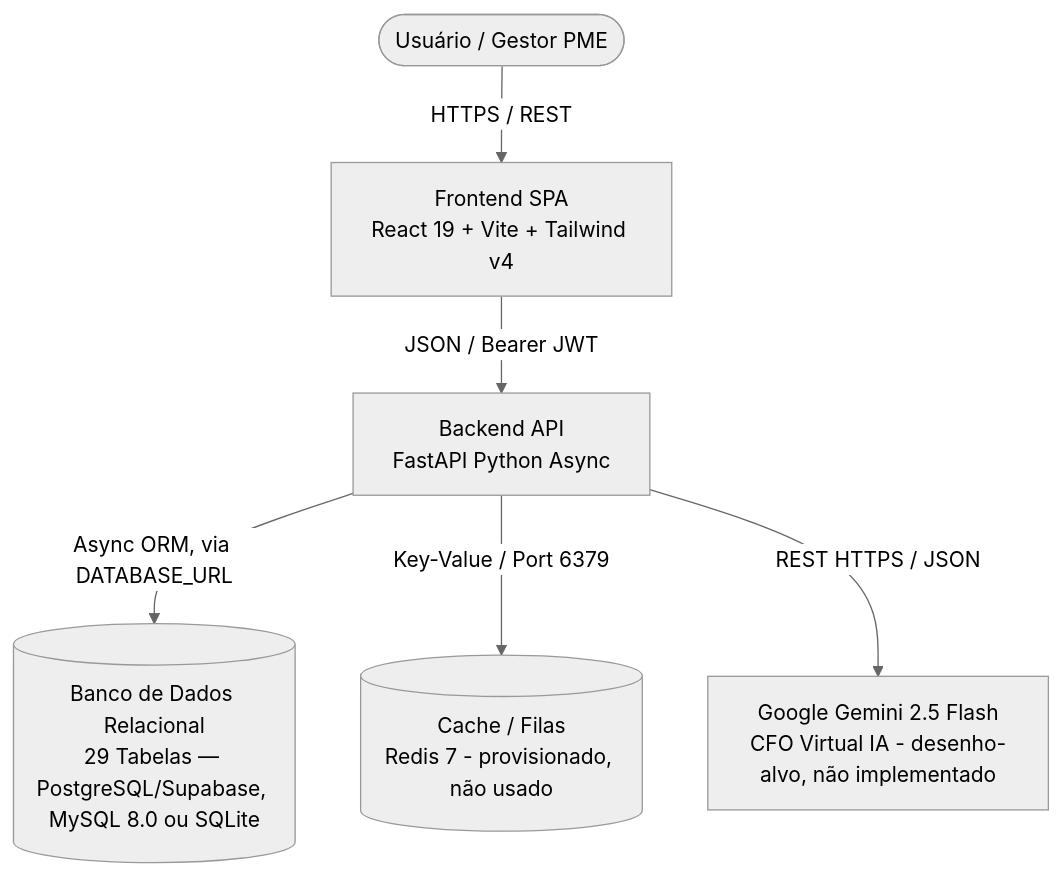
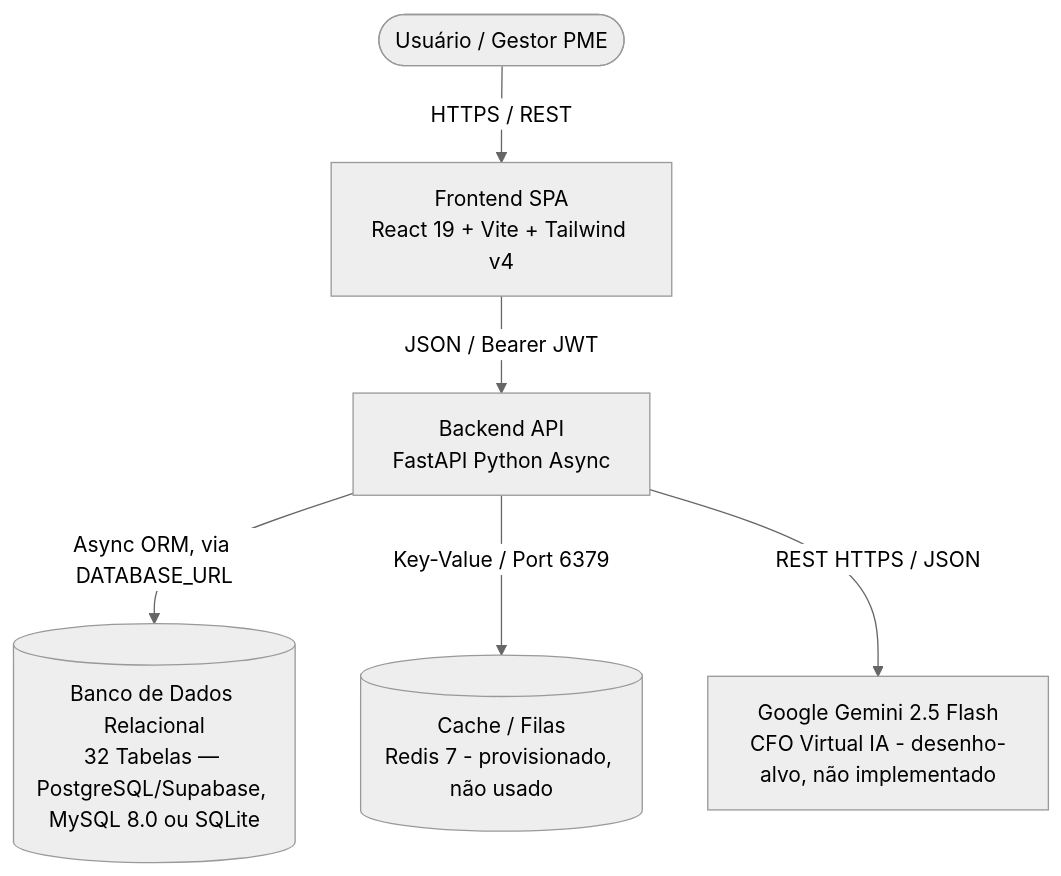
Before and after one commit to C-Bucher/Teste: the first of 2 diagrams in docs/arquitetura.md, drawn with Mermaid (neutral theme). The commit also changed other lines of this file and 39 other files, not shown here.

````diff
--- a/docs/arquitetura.md
+++ b/docs/arquitetura.md
@@ -13,9 +13,9 @@
 ```mermaid
 graph TD
     User([Usuário / Gestor PME]) -->|HTTPS / REST| Frontend[Frontend SPA\nReact 19 + Vite + Tailwind v4]
     Frontend -->|JSON / Bearer JWT| Backend[Backend API\nFastAPI Python Async]
     
-    Backend -->|Async ORM, via DATABASE_URL| DB[(Banco de Dados Relacional\n29 Tabelas — PostgreSQL/Supabase, MySQL 8.0 ou SQLite)]
+    Backend -->|Async ORM, via DATABASE_URL| DB[(Banco de Dados Relacional\n32 Tabelas — PostgreSQL/Supabase, MySQL 8.0 ou SQLite)]
     Backend -->|Key-Value / Port 6379| Redis[(Cache / Filas\nRedis 7 - provisionado, não usado)]
     Backend -->|REST HTTPS / JSON| GeminiAPI[Google Gemini 2.5 Flash\nCFO Virtual IA - desenho-alvo, não implementado]
 ```
````
